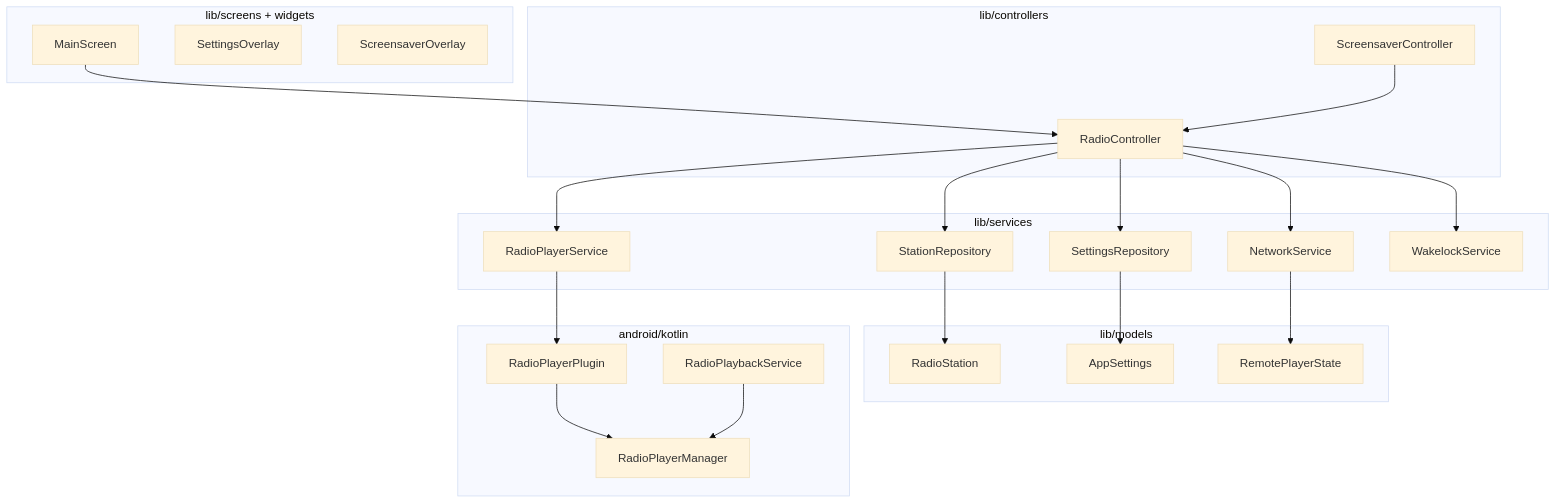
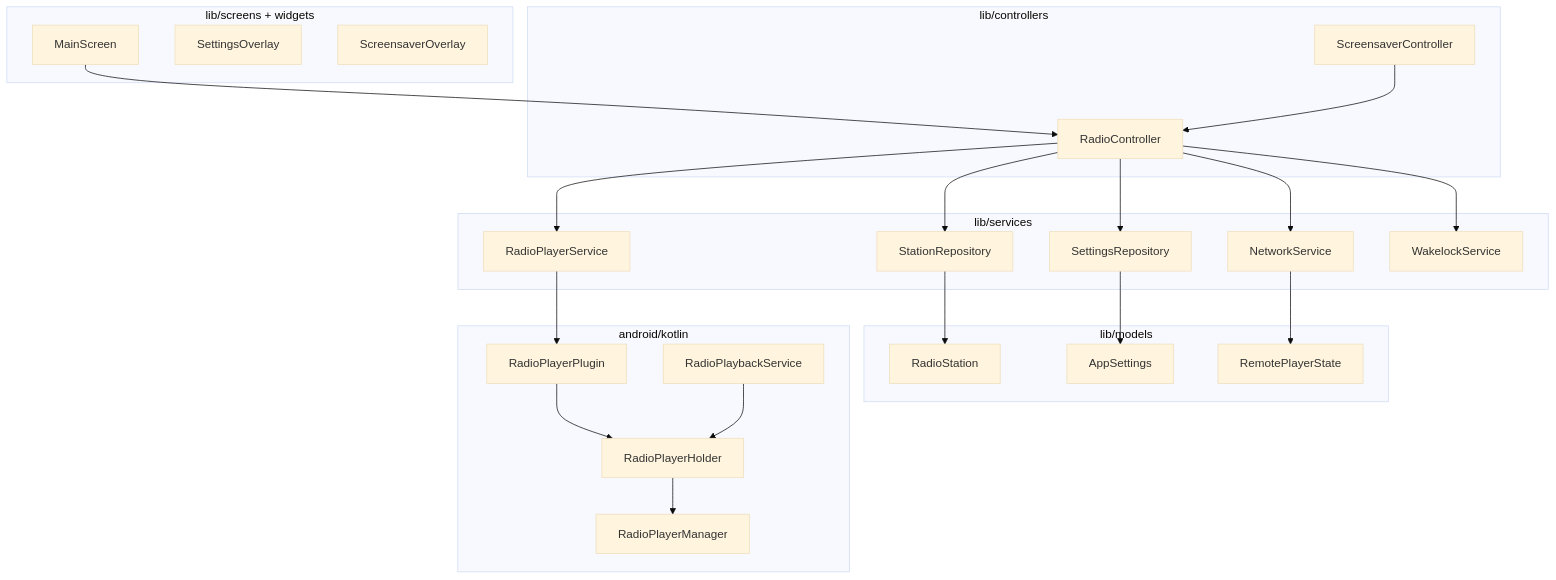
Before and after one commit to SiWoC/InternetRadioFlutter: the diagram in docs/class-overview.md, drawn with Mermaid (base theme). The commit also changed other lines of this file and 41 other files, not shown here.

````diff
--- a/docs/class-overview.md
+++ b/docs/class-overview.md
@@ -35,47 +34,49 @@
 ```mermaid
 flowchart TB
   subgraph ui [lib/screens + widgets]
     MainScreen
     SettingsOverlay
     ScreensaverOverlay
   end
 
   subgraph ctrl [lib/controllers]
     RadioController
     ScreensaverController
   end
 
   subgraph svc [lib/services]
     RadioPlayerService
     StationRepository
     SettingsRepository
     NetworkService
     WakelockService
   end
 
   subgraph models [lib/models]
     RadioStation
     AppSettings
     RemotePlayerState
   end
 
   subgraph native [android/kotlin]
     RadioPlayerPlugin
+    RadioPlayerHolder
     RadioPlayerManager
     RadioPlaybackService
   end
 
   MainScreen --> RadioController
   RadioController --> RadioPlayerService
   RadioController --> StationRepository
   RadioController --> SettingsRepository
   RadioController --> NetworkService
   RadioController --> WakelockService
   ScreensaverController --> RadioController
   StationRepository --> RadioStation
   SettingsRepository --> AppSettings
   NetworkService --> RemotePlayerState
   RadioPlayerService --> RadioPlayerPlugin
-  RadioPlayerPlugin --> RadioPlayerManager
-  RadioPlaybackService --> RadioPlayerManager
+  RadioPlayerPlugin --> RadioPlayerHolder
+  RadioPlaybackService --> RadioPlayerHolder
+  RadioPlayerHolder --> RadioPlayerManager
 ```
````
